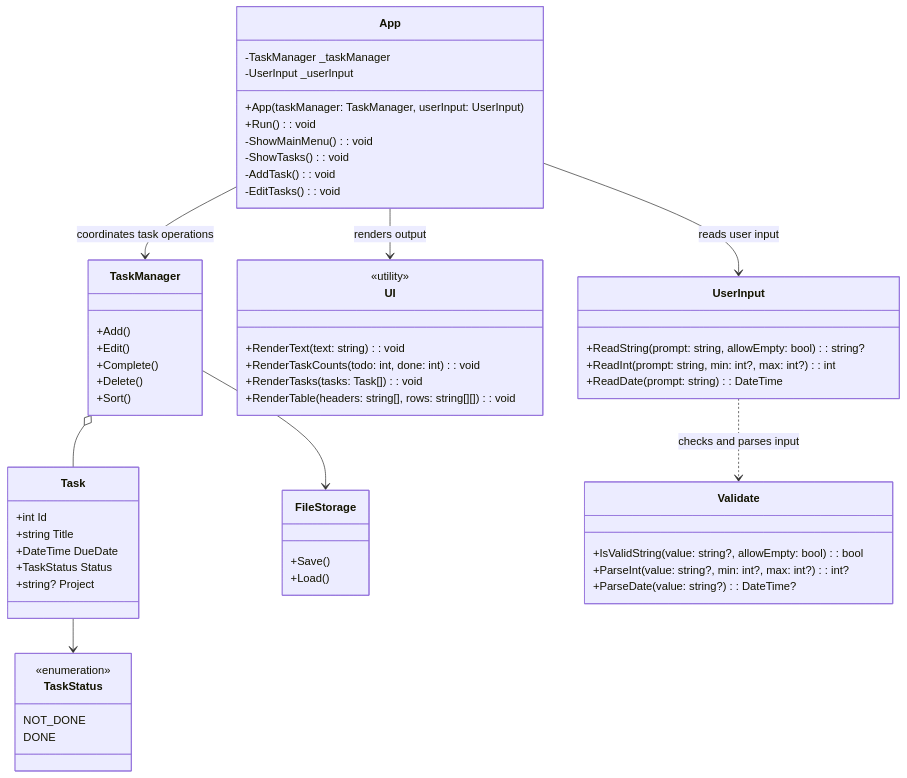
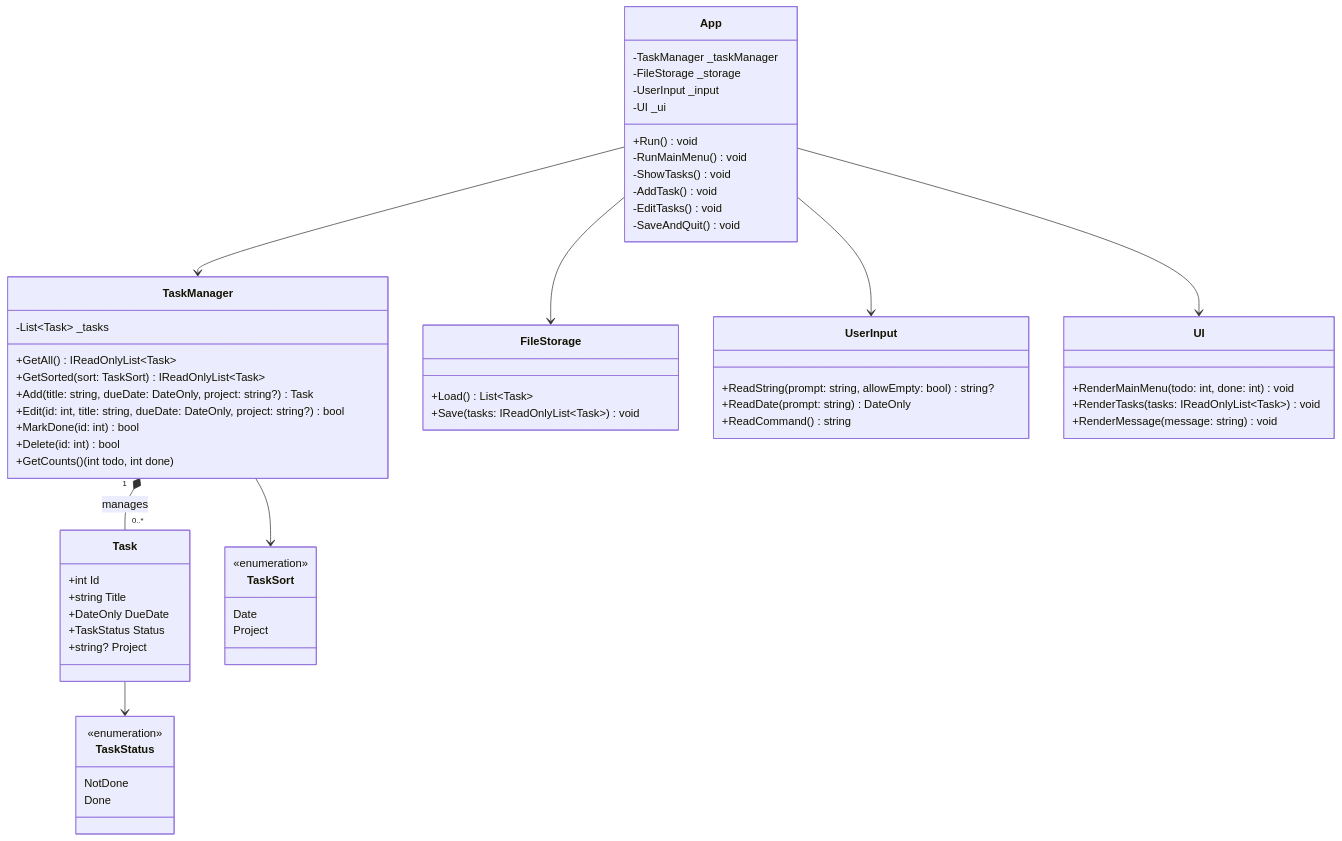
The diagram in TooDoo/docs/Planning.md (johannes-hernehult/todo_app-too_doo), drawn with Mermaid before and after one commit. The commit also changed 3 other files, not shown here.

Commit message:
Move UI, UserInput, Validate into ConsoleUI folder

`````diff
--- a/TooDoo/docs/Planning.md
+++ b/TooDoo/docs/Planning.md
@@ -88,68 +88,71 @@
 ```mermaid
 classDiagram
   class Task {
     +int Id
     +string Title
-    +DateTime DueDate
+    +DateOnly DueDate
     +TaskStatus Status
     +string? Project
   }
 
   class TaskStatus {
     <<enumeration>>
-    NOT_DONE
-    DONE
+    NotDone
+    Done
+  }
+
+  class TaskSort {
+    <<enumeration>>
+    Date
+    Project
   }
 
   class TaskManager {
-    +Add()
-    +Edit()
-    +Complete()
-    +Delete()
-    +Sort()
+    -List~Task~ _tasks
+    +GetAll() IReadOnlyList~Task~
+    +GetSorted(sort: TaskSort) IReadOnlyList~Task~
+    +Add(title: string, dueDate: DateOnly, project: string?) Task
+    +Edit(id: int, title: string, dueDate: DateOnly, project: string?) bool
+    +MarkDone(id: int) bool
+    +Delete(id: int) bool
+    +GetCounts() (int todo, int done)
   }
 
   class FileStorage {
-    +Save()
-    +Load()
+    +Load() List~Task~
+    +Save(tasks: IReadOnlyList~Task~) void
   }
 
   class App {
     -TaskManager _taskManager
-    -UserInput _userInput
-    +App(taskManager: TaskManager, userInput: UserInput)
-    +Run(): void
-    -ShowMainMenu(): void
-    -ShowTasks(): void
-    -AddTask(): void
-    -EditTasks(): void
+    -FileStorage _storage
+    -UserInput _input
+    -UI _ui
+    +Run() void
+    -RunMainMenu() void
+    -ShowTasks() void
+    -AddTask() void
+    -EditTasks() void
+    -SaveAndQuit() void
+  }
+
+  class UserInput {
+    +ReadString(prompt: string, allowEmpty: bool) string?
+    +ReadDate(prompt: string) DateOnly
+    +ReadCommand() string
   }
 
   class UI {
-    <<utility>>
-    +RenderText(text: string): void
-    +RenderTaskCounts(todo: int, done: int): void
-    +RenderTasks(tasks: Task[]): void
-    +RenderTable(headers: string[], rows: string[][]): void
-  }
-
-  class UserInput {
-    +ReadString(prompt: string, allowEmpty: bool): string?
-    +ReadInt(prompt: string, min: int?, max: int?): int
-    +ReadDate(prompt: string): DateTime
-  }
-
-  class Validate {
-    +IsValidString(value: string?, allowEmpty: bool): bool
-    +ParseInt(value: string?, min: int?, max: int?): int?
-    +ParseDate(value: string?): DateTime?
+    +RenderMainMenu(todo: int, done: int) void
+    +RenderTasks(tasks: IReadOnlyList~Task~) void
+    +RenderMessage(message: string) void
   }
 
   Task --> TaskStatus
-  TaskManager o-- Task
-  TaskManager --> FileStorage
-  App --> TaskManager : coordinates task operations
-  App --> UserInput : reads user input
-  App --> UI : renders output
-  UserInput ..> Validate : checks and parses input
+  TaskManager --> TaskSort
+  TaskManager "1" *-- "0..*" Task : manages
+  App --> TaskManager
+  App --> FileStorage
+  App --> UserInput
+  App --> UI
 ````
`````
